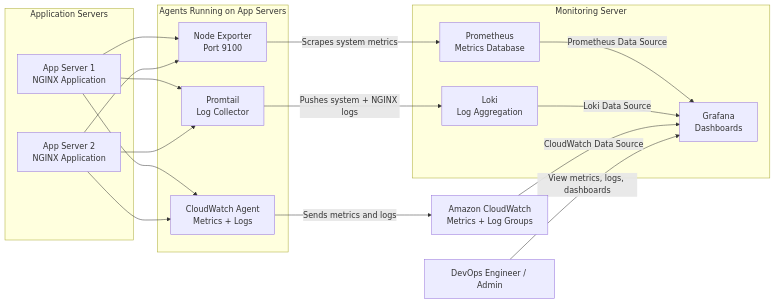
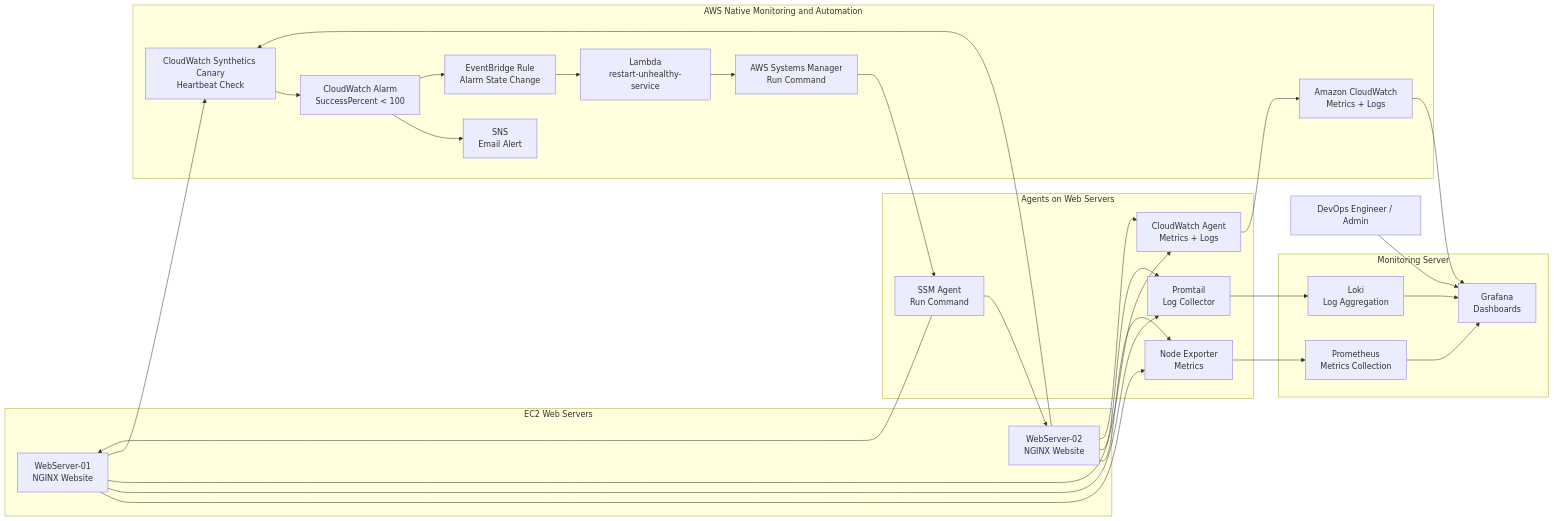
Before and after one commit to Its-Shiivam22/Cloud-Native-Observability-Platform: the diagram in README.md, drawn with Mermaid. The commit also changed other lines of this file, not shown here.

````diff
--- a/README.md
+++ b/README.md
@@ -93,68 +98,61 @@
 ```mermaid
 flowchart LR
 
-    %% =========================
-    %% USERS
-    %% =========================
-    Admin["DevOps Engineer / Admin"]
+    Admin[DevOps Engineer / Admin]
 
-    %% =========================
-    %% APPLICATION SERVERS
-    %% =========================
-    subgraph Apps["Application Servers"]
-        App1["App Server 1<br/>NGINX Application"]
-        App2["App Server 2<br/>NGINX Application"]
+    subgraph WebServers[EC2 Web Servers]
+        Web1[WebServer-01<br/>NGINX Website]
+        Web2[WebServer-02<br/>NGINX Website]
     end
 
-    %% =========================
-    %% AGENTS
-    %% =========================
-    subgraph Agents["Agents Running on App Servers"]
-        NodeExporter["Node Exporter<br/>Port 9100"]
-        Promtail["Promtail<br/>Log Collector"]
-        CWAgent["CloudWatch Agent<br/>Metrics + Logs"]
+    subgraph WebAgents[Agents on Web Servers]
+        NodeExporter[Node Exporter<br/>Metrics]
+        Promtail[Promtail<br/>Log Collector]
+        CWAgent[CloudWatch Agent<br/>Metrics + Logs]
+        SSMAgent[SSM Agent<br/>Run Command]
     end
 
-    %% =========================
-    %% MONITORING SERVER
-    %% =========================
-    subgraph Monitoring["Monitoring Server"]
-        Prometheus["Prometheus<br/>Metrics Database"]
-        Loki["Loki<br/>Log Aggregation"]
-        Grafana["Grafana<br/>Dashboards"]
+    subgraph MonitoringServer[Monitoring Server]
+        Prometheus[Prometheus<br/>Metrics Collection]
+        Grafana[Grafana<br/>Dashboards]
+        Loki[Loki<br/>Log Aggregation]
     end
 
-    %% =========================
-    %% AWS NATIVE MONITORING
-    %% =========================
-    CloudWatch["Amazon CloudWatch<br/>Metrics + Log Groups"]
+    subgraph AWSNative[AWS Native Monitoring and Automation]
+        CloudWatch[Amazon CloudWatch<br/>Metrics + Logs]
+        Canary[CloudWatch Synthetics Canary<br/>Heartbeat Check]
+        Alarm[CloudWatch Alarm<br/>SuccessPercent < 100]
+        SNS[SNS<br/>Email Alert]
+        EventBridge[EventBridge Rule<br/>Alarm State Change]
+        Lambda[Lambda<br/>restart-unhealthy-service]
+        SSM[AWS Systems Manager<br/>Run Command]
+    end
 
-    %% =========================
-    %% METRICS FLOW
-    %% =========================
-    App1 --> NodeExporter
-    App2 --> NodeExporter
-    NodeExporter -->|"Scrapes system metrics"| Prometheus
-    Prometheus -->|"Prometheus Data Source"| Grafana
+    Admin --> Grafana
 
-    %% =========================
-    %% LOGS FLOW
-    %% =========================
-    App1 --> Promtail
-    App2 --> Promtail
-    Promtail -->|"Pushes system + NGINX logs"| Loki
-    Loki -->|"Loki Data Source"| Grafana
+    Web1 --> NodeExporter
+    Web2 --> NodeExporter
+    NodeExporter --> Prometheus
+    Prometheus --> Grafana
 
-    %% =========================
-    %% CLOUDWATCH FLOW
-    %% =========================
-    App1 --> CWAgent
-    App2 --> CWAgent
-    CWAgent -->|"Sends metrics and logs"| CloudWatch
-    CloudWatch -->|"CloudWatch Data Source"| Grafana
+    Web1 --> Promtail
+    Web2 --> Promtail
+    Promtail --> Loki
+    Loki --> Grafana
 
-    %% =========================
-    %% DASHBOARD ACCESS
-    %% =========================
-    Admin -->|"View metrics, logs, dashboards"| Grafana
+    Web1 --> CWAgent
+    Web2 --> CWAgent
+    CWAgent --> CloudWatch
+    CloudWatch --> Grafana
+
+    Web1 --> Canary
+    Web2 --> Canary
+    Canary --> Alarm
+    Alarm --> SNS
+    Alarm --> EventBridge
+    EventBridge --> Lambda
+    Lambda --> SSM
+    SSM --> SSMAgent
+    SSMAgent --> Web1
+    SSMAgent --> Web2
 ```
````
